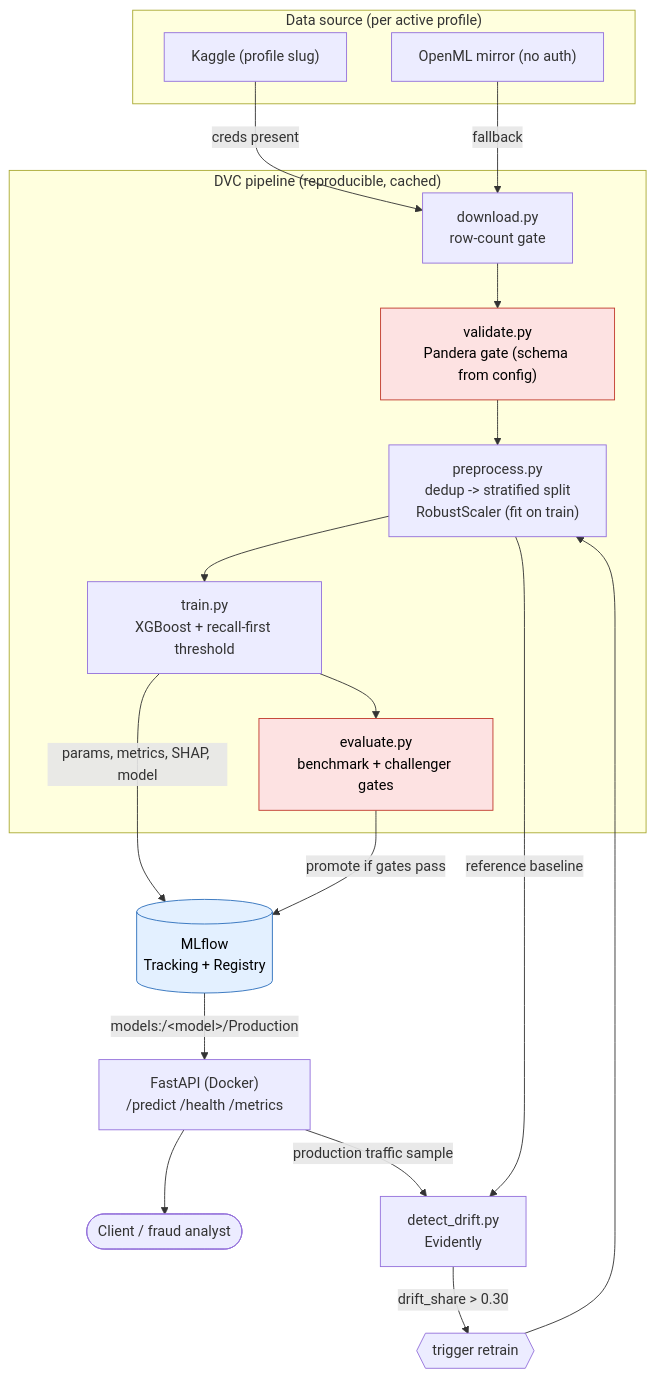
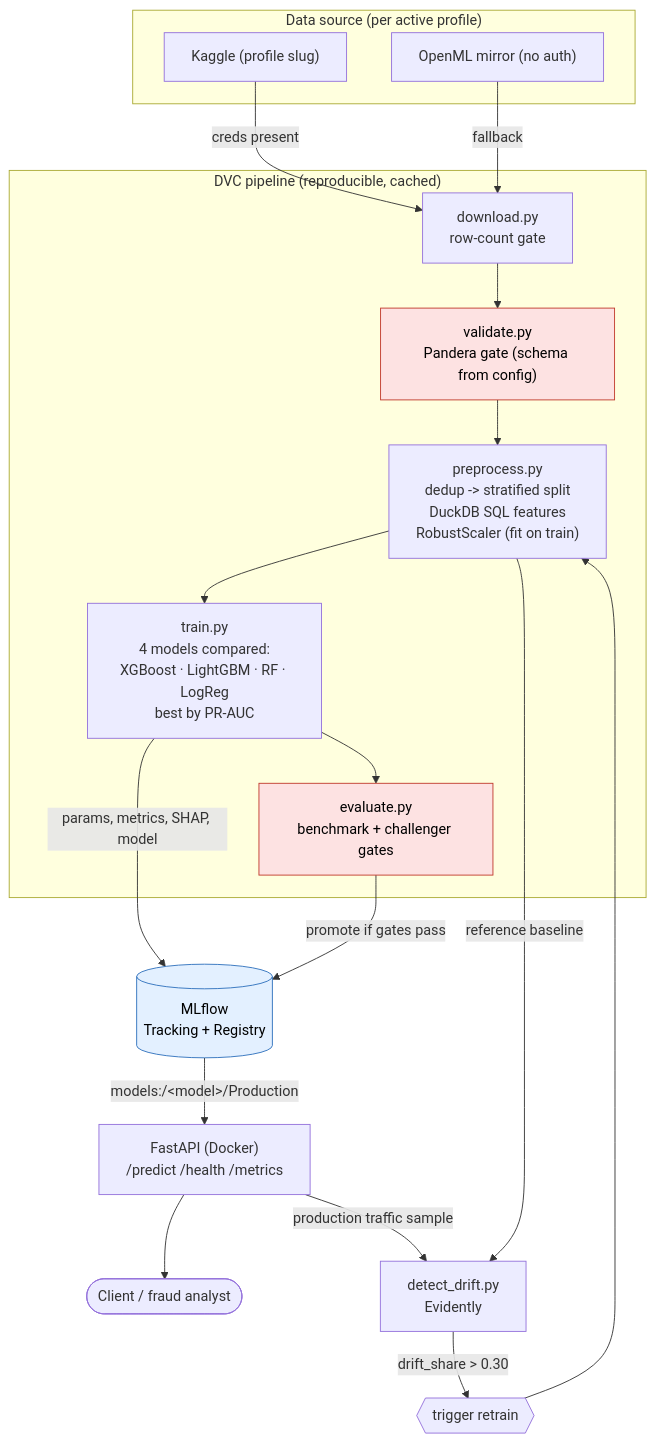
Before and after one commit to lazareaya/fraud-detection-mlops: the second of 7 diagrams in docs/architecture.md, drawn with Mermaid. The commit also changed other lines of this file and 3 other files, not shown here.

Commit message:
Rewrite README: problem, architecture, 4-model results, contributions, credits

````diff
--- a/docs/architecture.md
+++ b/docs/architecture.md
@@ -45,33 +45,33 @@
 ```mermaid
 flowchart TD
     subgraph SRC["Data source (per active profile)"]
         K["Kaggle (profile slug)"]
         O["OpenML mirror (no auth)"]
     end
 
     K -->|creds present| DL
     O -->|fallback| DL
 
     subgraph PIPE["DVC pipeline (reproducible, cached)"]
         DL["download.py<br/>row-count gate"] --> VAL["validate.py<br/>Pandera gate (schema from config)"]
-        VAL --> PRE["preprocess.py<br/>dedup -> stratified split<br/>RobustScaler (fit on train)"]
-        PRE --> TR["train.py<br/>XGBoost + recall-first threshold"]
+        VAL --> PRE["preprocess.py<br/>dedup -> stratified split<br/>DuckDB SQL features<br/>RobustScaler (fit on train)"]
+        PRE --> TR["train.py<br/>4 models compared:<br/>XGBoost · LightGBM · RF · LogReg<br/>best by PR-AUC"]
         TR --> EV["evaluate.py<br/>benchmark + challenger gates"]
     end
 
     TR -->|params, metrics, SHAP, model| ML[("MLflow<br/>Tracking + Registry")]
     EV -->|promote if gates pass| ML
 
     ML -->|"models:/&lt;model&gt;/Production"| API["FastAPI (Docker)<br/>/predict /health /metrics"]
     API --> CLIENT(["Client / fraud analyst"])
 
     API -->|production traffic sample| MON["detect_drift.py<br/>Evidently"]
     PRE -->|reference baseline| MON
     MON -->|drift_share > 0.30| RETRAIN{{"trigger retrain"}}
     RETRAIN --> PRE
 
     classDef gate fill:#fde2e2,stroke:#c0392b,color:#000;
     classDef store fill:#e3f0ff,stroke:#2c6fbb,color:#000;
     class VAL,EV gate;
     class ML store;
 ```
````
